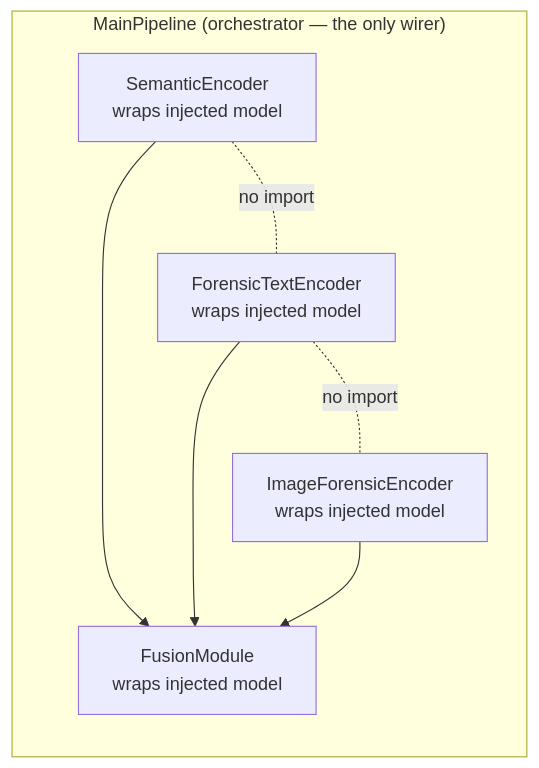
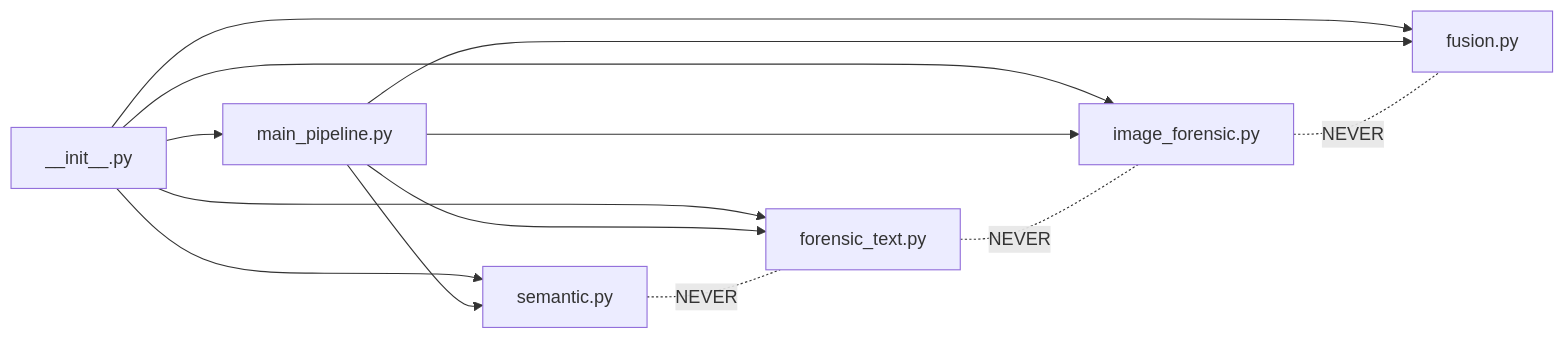
One commit to FerasMad/MultiGuard changed the third of 22 diagrams in reports/Technical_Design_Review.md. Above: the diagram before and after it, drawn with Mermaid. The commit also changed other lines of this file and 3 other files, not shown here.

Commit message:
Expand Technical Design Review: per-section diagrams (22), per-class reference, inline confusion matrix in HTML

````diff
--- a/reports/Technical_Design_Review.md
+++ b/reports/Technical_Design_Review.md
@@ -43,15 +85,15 @@
 ```mermaid
 flowchart LR
-    subgraph MP["MainPipeline (orchestrator — the only wirer)"]
-        direction TB
-        SEM["SemanticEncoder<br/>wraps injected model"]
-        TXT["ForensicTextEncoder<br/>wraps injected model"]
-        IMG["ImageForensicEncoder<br/>wraps injected model"]
-        FUS["FusionModule<br/>wraps injected model"]
-    end
-    SEM -. "no import" .- TXT
-    TXT -. "no import" .- IMG
-    SEM --> FUS
-    TXT --> FUS
-    IMG --> FUS
+    INIT["__init__.py"] --> SEM["semantic.py"]
+    INIT --> TXT["forensic_text.py"]
+    INIT --> IMG["image_forensic.py"]
+    INIT --> FUS["fusion.py"]
+    INIT --> MAIN["main_pipeline.py"]
+    MAIN --> SEM
+    MAIN --> TXT
+    MAIN --> IMG
+    MAIN --> FUS
+    SEM -. "NEVER" .- TXT
+    TXT -. "NEVER" .- IMG
+    IMG -. "NEVER" .- FUS
 ```
````
